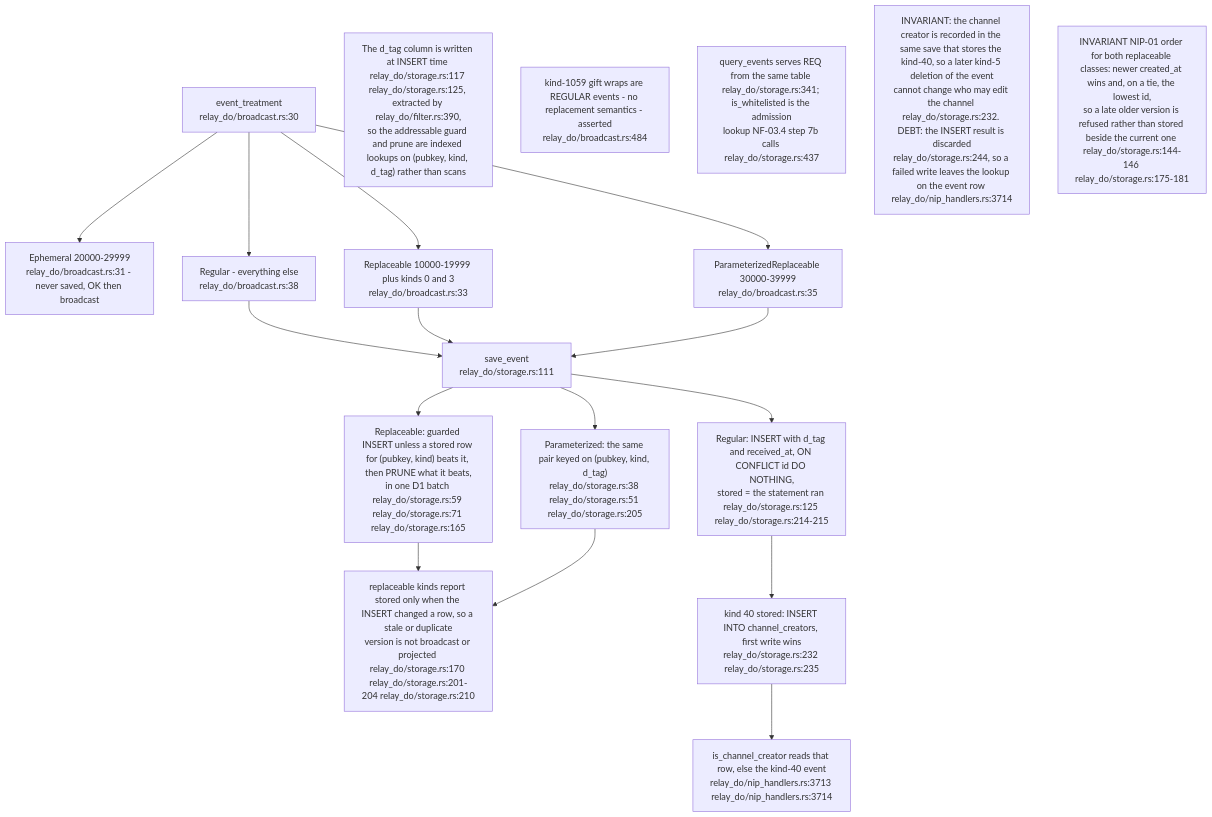
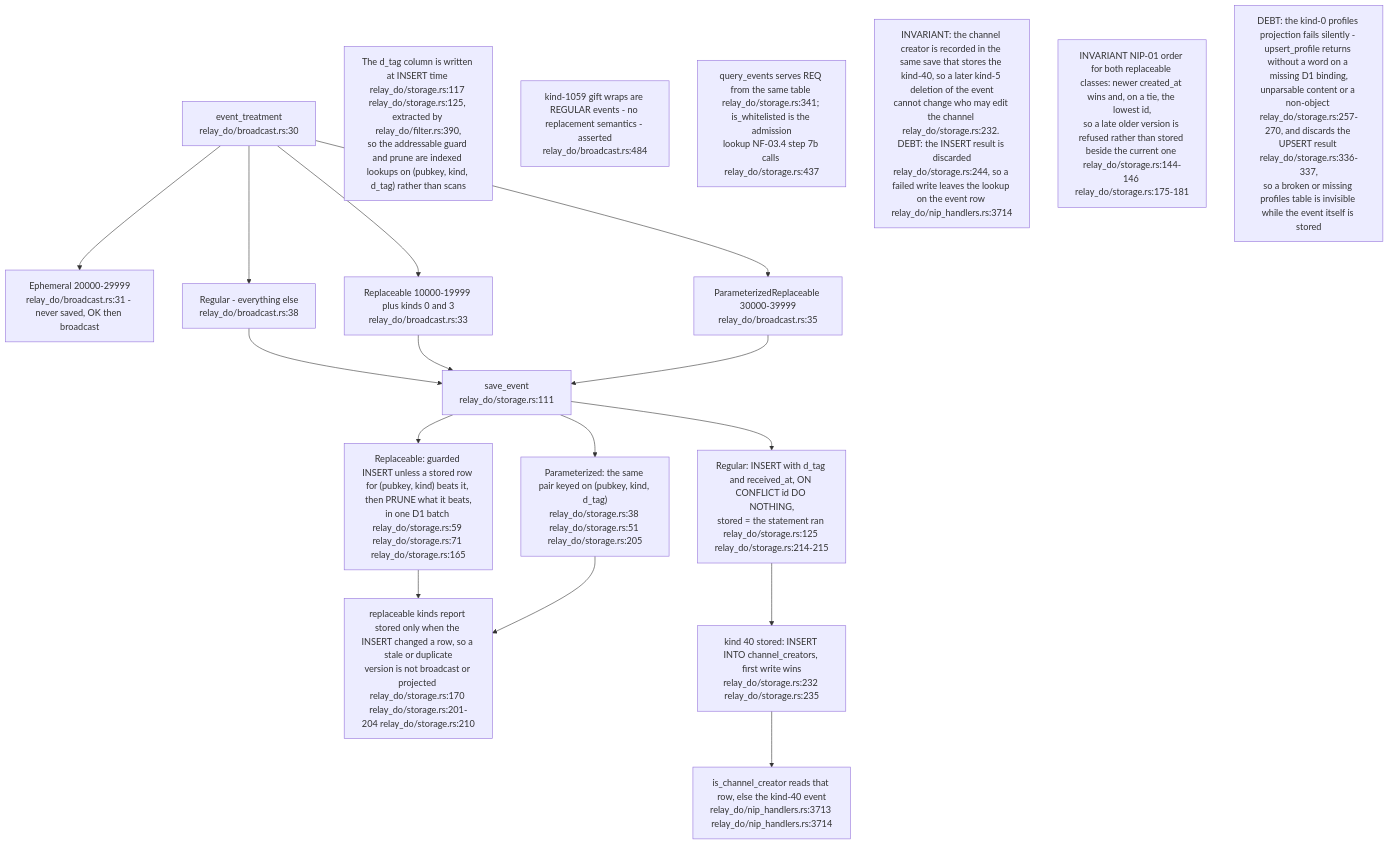
One commit to DreamLab-AI/VisionFlow changed the third of 18 diagrams in docs/diagrams/nostr-rust-forum/11-relay-durable-object-internals.md. Above: the diagram before and after it, drawn with Mermaid. The commit also changed other lines of this file and 13 other files, not shown here.

First line of the commit message:
diagrams(nostr-rust-forum): fold the last kit-only diagram content into the corpus

````diff
--- a/docs/diagrams/nostr-rust-forum/11-relay-durable-object-internals.md
+++ b/docs/diagrams/nostr-rust-forum/11-relay-durable-object-internals.md
@@ -120,29 +120,30 @@
 ```mermaid
 flowchart TB
     T["event_treatment<br/>relay_do/broadcast.rs:30"]
     EPH["Ephemeral 20000-29999<br/>relay_do/broadcast.rs:31 - never saved, OK then broadcast"]
     REP["Replaceable 10000-19999 plus kinds 0 and 3<br/>relay_do/broadcast.rs:33"]
     PAR["ParameterizedReplaceable 30000-39999<br/>relay_do/broadcast.rs:35"]
     REG["Regular - everything else<br/>relay_do/broadcast.rs:38"]
     SAVE["save_event<br/>relay_do/storage.rs:111"]
     INS["Regular: INSERT with d_tag and received_at, ON CONFLICT id DO NOTHING,<br/>stored = the statement ran relay_do/storage.rs:125 relay_do/storage.rs:214-215"]
     D1D["Replaceable: guarded INSERT unless a stored row for (pubkey, kind) beats it, then PRUNE what it beats,<br/>in one D1 batch relay_do/storage.rs:59 relay_do/storage.rs:71 relay_do/storage.rs:165"]
     D2D["Parameterized: the same pair keyed on (pubkey, kind, d_tag)<br/>relay_do/storage.rs:38 relay_do/storage.rs:51 relay_do/storage.rs:205"]
     KEPT["replaceable kinds report stored only when the INSERT changed a row, so a stale or duplicate<br/>version is not broadcast or projected relay_do/storage.rs:170 relay_do/storage.rs:201-204 relay_do/storage.rs:210"]
     CRE["kind 40 stored: INSERT INTO channel_creators, first write wins<br/>relay_do/storage.rs:232 relay_do/storage.rs:235"]
     ISCC["is_channel_creator reads that row, else the kind-40 event<br/>relay_do/nip_handlers.rs:3713 relay_do/nip_handlers.rs:3714"]
 
     T --> EPH & REP & PAR & REG
     REG --> SAVE --> INS
     REP --> SAVE
     PAR --> SAVE
     SAVE --> D1D & D2D
     D1D & D2D --> KEPT
     INS --> CRE --> ISCC
 
     N1["The d_tag column is written at INSERT time relay_do/storage.rs:117 relay_do/storage.rs:125, extracted by relay_do/filter.rs:390,<br/>so the addressable guard and prune are indexed lookups on (pubkey, kind, d_tag) rather than scans"]
     N2["kind-1059 gift wraps are REGULAR events - no replacement semantics - asserted<br/>relay_do/broadcast.rs:484"]
     N3["query_events serves REQ from the same table relay_do/storage.rs:341; is_whitelisted is the admission<br/>lookup NF-03.4 step 7b calls relay_do/storage.rs:437"]
     N4["INVARIANT: the channel creator is recorded in the same save that stores the kind-40, so a later kind-5 deletion of the event<br/>cannot change who may edit the channel relay_do/storage.rs:232. DEBT: the INSERT result is discarded<br/>relay_do/storage.rs:244, so a failed write leaves the lookup on the event row relay_do/nip_handlers.rs:3714"]
     N5["INVARIANT NIP-01 order for both replaceable classes: newer created_at wins and, on a tie, the lowest id,<br/>so a late older version is refused rather than stored beside the current one relay_do/storage.rs:144-146 relay_do/storage.rs:175-181"]
+    N6["DEBT: the kind-0 profiles projection fails silently - upsert_profile returns without a word on a missing D1 binding,<br/>unparsable content or a non-object relay_do/storage.rs:257-270, and discards the UPSERT result relay_do/storage.rs:336-337,<br/>so a broken or missing profiles table is invisible while the event itself is stored"]
 ```
````
